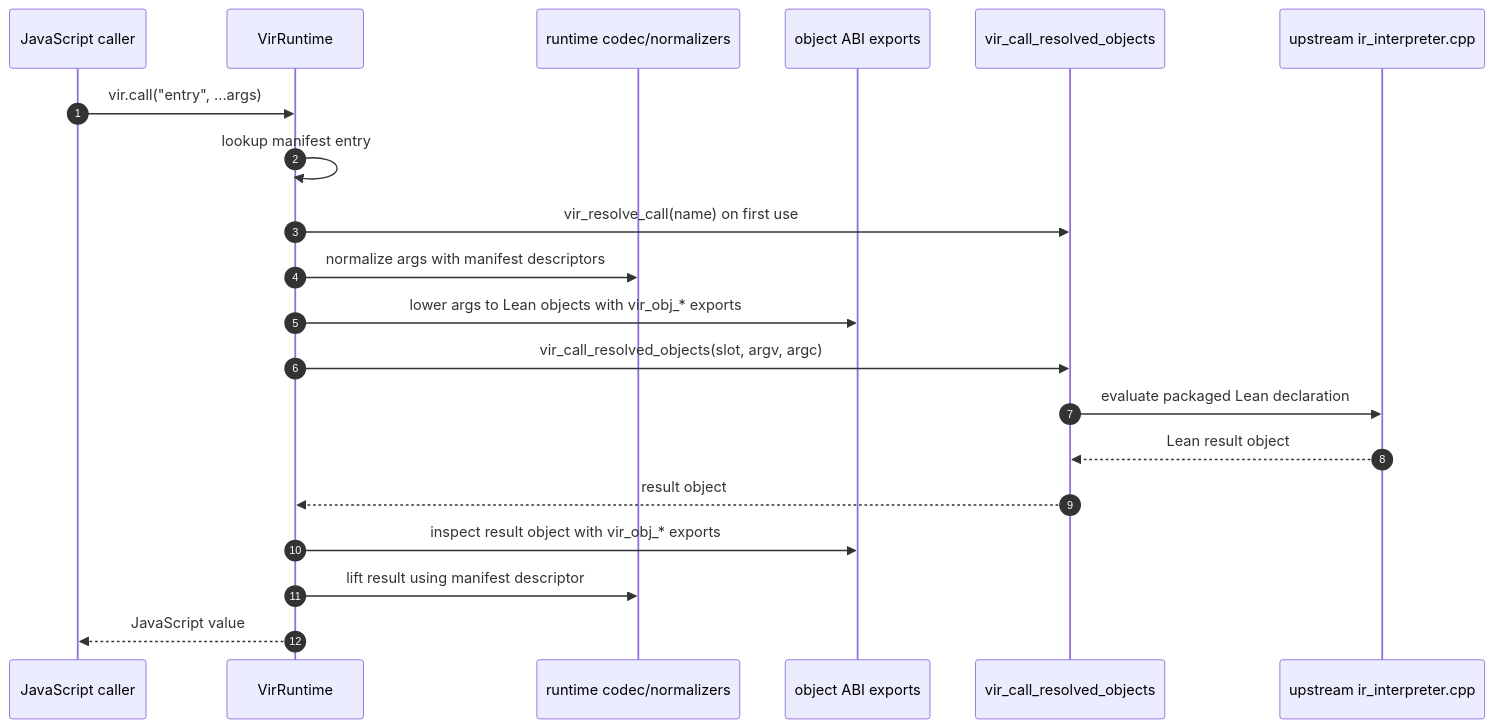
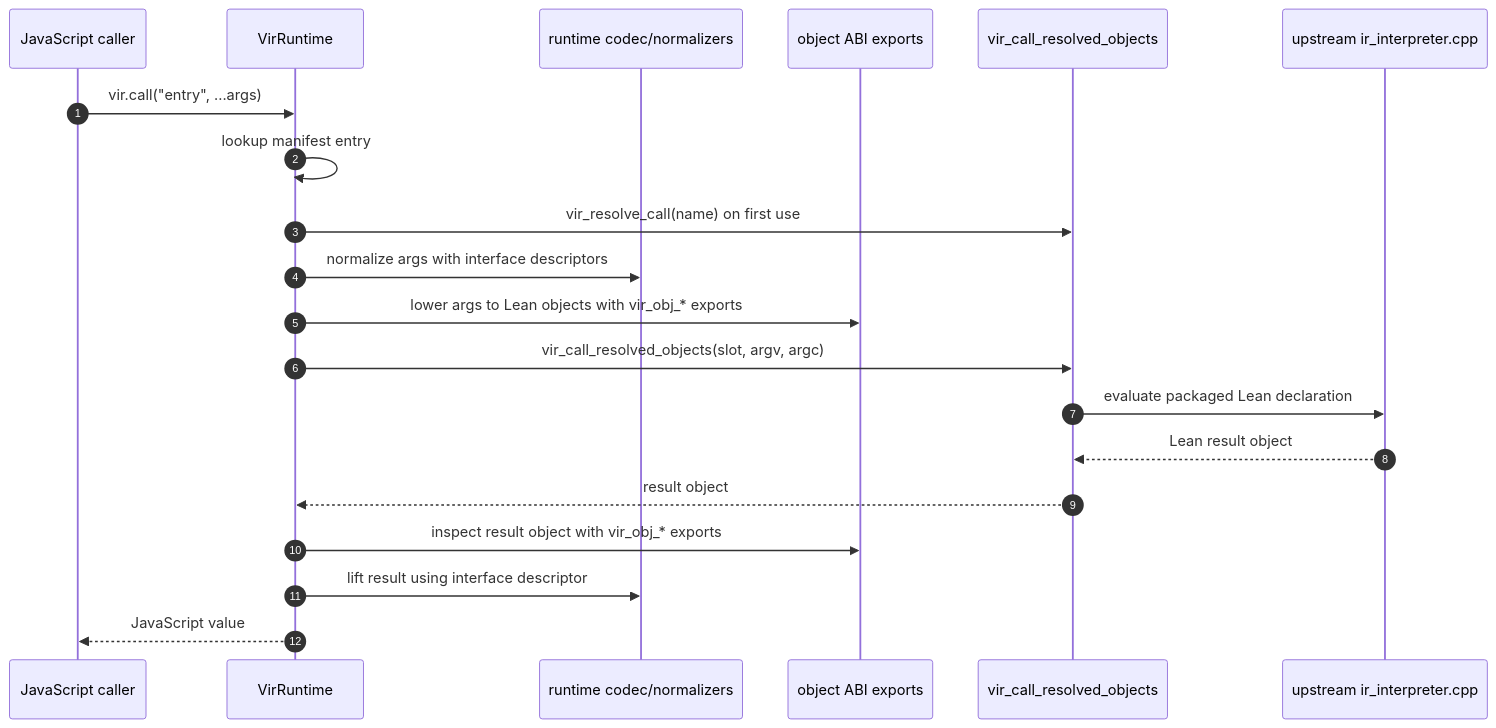
One commit to ejgallego/lean-vir changed the first of 5 diagrams in docs/DEVELOPER_GUIDE.md. Above: the diagram before and after it, drawn with Mermaid. The commit also changed other lines of this file and 7 other files, not shown here.

Commit message:
docs: separate host wire from interface codec

````diff
--- a/docs/DEVELOPER_GUIDE.md
+++ b/docs/DEVELOPER_GUIDE.md
@@ -65,23 +65,23 @@
 ```mermaid
 sequenceDiagram
     autonumber
     participant JS as JavaScript caller
     participant RT as VirRuntime
     participant Codec as runtime codec/normalizers
     participant Obj as object ABI exports
     participant Wasm as vir_call_resolved_objects
     participant IR as upstream ir_interpreter.cpp
 
     JS->>RT: vir.call("entry", ...args)
     RT->>RT: lookup manifest entry
     RT->>Wasm: vir_resolve_call(name) on first use
-    RT->>Codec: normalize args with manifest descriptors
+    RT->>Codec: normalize args with interface descriptors
     RT->>Obj: lower args to Lean objects with vir_obj_* exports
     RT->>Wasm: vir_call_resolved_objects(slot, argv, argc)
     Wasm->>IR: evaluate packaged Lean declaration
     IR-->>Wasm: Lean result object
     Wasm-->>RT: result object
     RT->>Obj: inspect result object with vir_obj_* exports
-    RT->>Codec: lift result using manifest descriptor
+    RT->>Codec: lift result using interface descriptor
     RT-->>JS: JavaScript value
 ```
````
